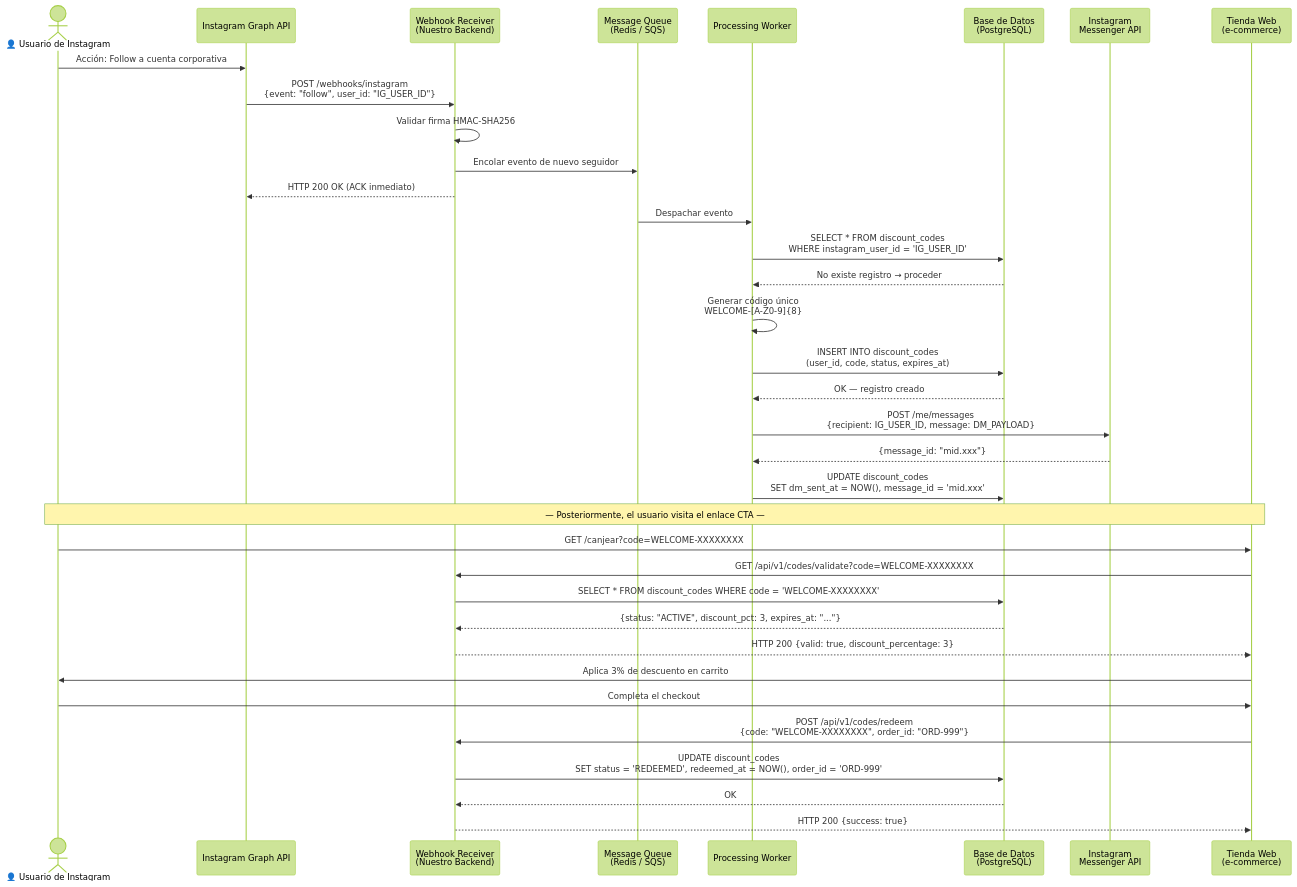
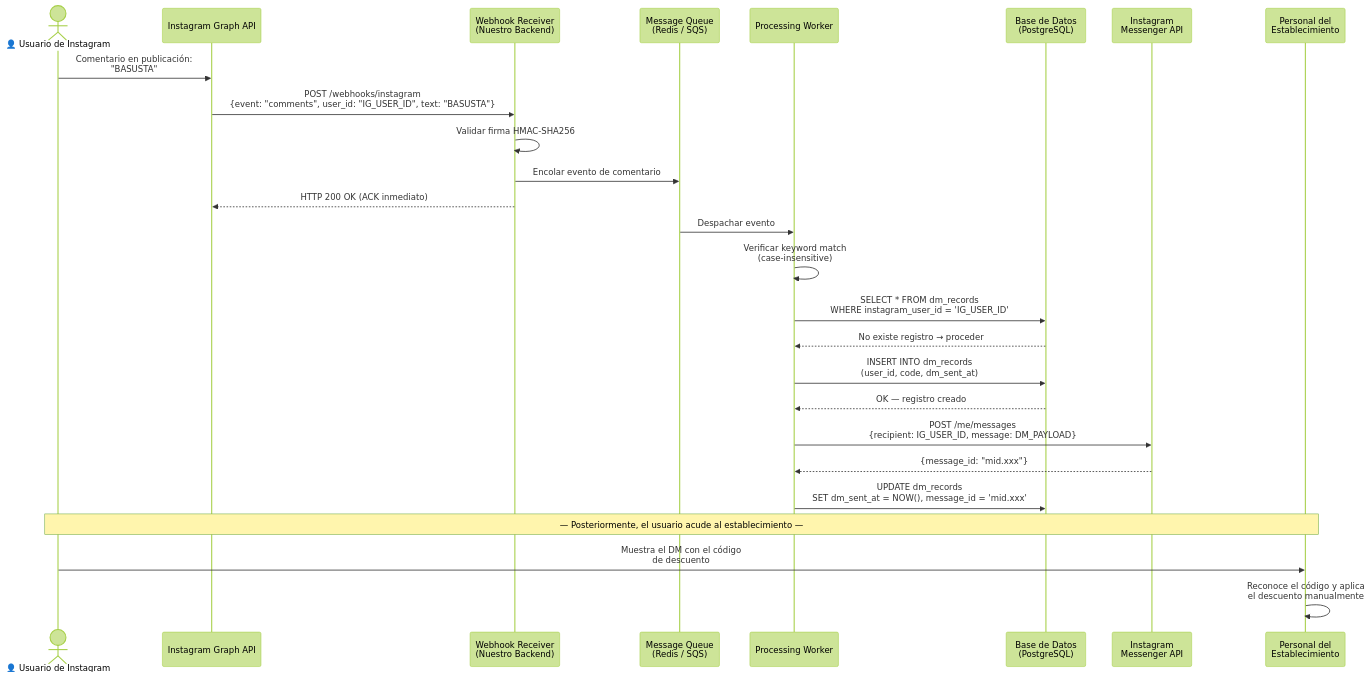
Before and after one commit to IkerGLopez/instagram-message-sender: the first of 2 diagrams in specs/SPECS.md, drawn with Mermaid (forest theme). The commit also changed other lines of this file and 12 other files, not shown here.

First line of the commit message:
chore(cleanup): remove API key auth code

````diff
--- a/specs/SPECS.md
+++ b/specs/SPECS.md
@@ -85,45 +83,34 @@
 ```mermaid
 sequenceDiagram
     actor Usuario as 👤 Usuario de Instagram
     participant IG as Instagram Graph API
     participant WH as Webhook Receiver<br/>(Nuestro Backend)
     participant Queue as Message Queue<br/>(Redis / SQS)
     participant Worker as Processing Worker
     participant DB as Base de Datos<br/>(PostgreSQL)
     participant IGDM as Instagram<br/>Messenger API
-    participant Store as Tienda Web<br/>(e-commerce)
+    participant Staff as Personal del<br/>Establecimiento
 
-    Usuario->>IG: Acción: Follow a cuenta corporativa
-    IG->>WH: POST /webhooks/instagram<br/>{event: "follow", user_id: "IG_USER_ID"}
+    Usuario->>IG: Comentario en publicación:<br/>"BASUSTA"
+    IG->>WH: POST /webhooks/instagram<br/>{event: "comments", user_id: "IG_USER_ID", text: "BASUSTA"}
     WH->>WH: Validar firma HMAC-SHA256
-    WH->>Queue: Encolar evento de nuevo seguidor
+    WH->>Queue: Encolar evento de comentario
     WH-->>IG: HTTP 200 OK (ACK inmediato)
 
     Queue->>Worker: Despachar evento
-    Worker->>DB: SELECT * FROM discount_codes<br/>WHERE instagram_user_id = 'IG_USER_ID'
+    Worker->>Worker: Verificar keyword match<br/>(case-insensitive)
+    Worker->>DB: SELECT * FROM dm_records<br/>WHERE instagram_user_id = 'IG_USER_ID'
     DB-->>Worker: No existe registro → proceder
 
-    Worker->>Worker: Generar código único<br/>WELCOME-[A-Z0-9]{8}
-    Worker->>DB: INSERT INTO discount_codes<br/>(user_id, code, status, expires_at)
+    Worker->>DB: INSERT INTO dm_records<br/>(user_id, code, dm_sent_at)
     DB-->>Worker: OK — registro creado
 
     Worker->>IGDM: POST /me/messages<br/>{recipient: IG_USER_ID, message: DM_PAYLOAD}
     IGDM-->>Worker: {message_id: "mid.xxx"}
-    Worker->>DB: UPDATE discount_codes<br/>SET dm_sent_at = NOW(), message_id = 'mid.xxx'
+    Worker->>DB: UPDATE dm_records<br/>SET dm_sent_at = NOW(), message_id = 'mid.xxx'
 
-    Note over Usuario,Store: — Posteriormente, el usuario visita el enlace CTA —
+    Note over Usuario,Staff: — Posteriormente, el usuario acude al establecimiento —
 
-    Usuario->>Store: GET /canjear?code=WELCOME-XXXXXXXX
-    Store->>WH: GET /api/v1/codes/validate?code=WELCOME-XXXXXXXX
-    WH->>DB: SELECT * FROM discount_codes WHERE code = 'WELCOME-XXXXXXXX'
-    DB-->>WH: {status: "ACTIVE", discount_pct: 3, expires_at: "..."}
-    WH-->>Store: HTTP 200 {valid: true, discount_percentage: 3}
-
-    Store->>Usuario: Aplica 3% de descuento en carrito
-
-    Usuario->>Store: Completa el checkout
-    Store->>WH: POST /api/v1/codes/redeem<br/>{code: "WELCOME-XXXXXXXX", order_id: "ORD-999"}
-    WH->>DB: UPDATE discount_codes<br/>SET status = 'REDEEMED', redeemed_at = NOW(), order_id = 'ORD-999'
-    DB-->>WH: OK
-    WH-->>Store: HTTP 200 {success: true}
+    Usuario->>Staff: Muestra el DM con el código<br/>de descuento
+    Staff->>Staff: Reconoce el código y aplica<br/>el descuento manualmente
 ```
````
